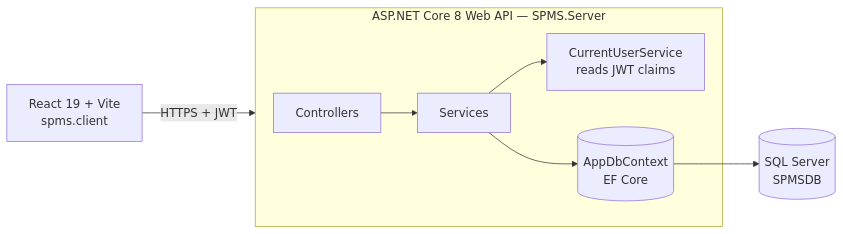
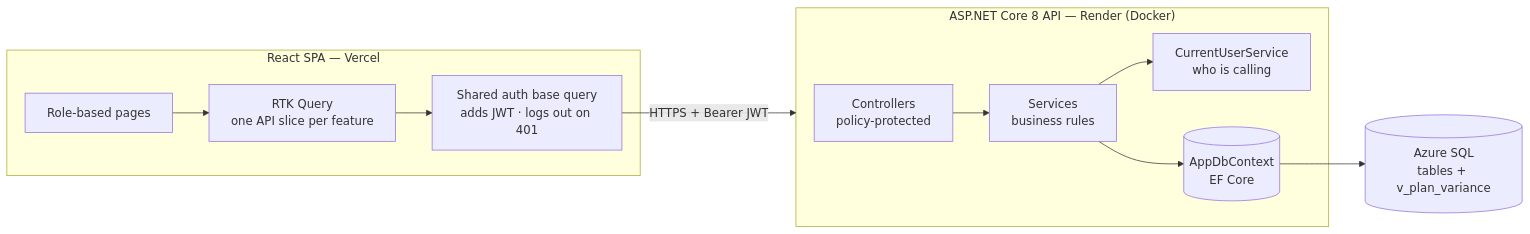
One commit to Ronyparmar2107/shift_production_management_system changed the second of 3 diagrams in README.md. Above: the diagram before and after it, drawn with Mermaid. The commit also changed other lines of this file and 1 other file, not shown here.

Commit message:
refact(api): remove trailing /(slash) from the production env doc and update readme

````diff
--- a/README.md
+++ b/README.md
@@ -98,10 +156,17 @@
 ```mermaid
 flowchart LR
-    UI["React 19 + Vite<br/>spms.client"] -->|HTTPS + JWT| API
-    subgraph API["ASP.NET Core 8 Web API — SPMS.Server"]
-        C[Controllers] --> S[Services]
-        S --> CU[CurrentUserService<br/>reads JWT claims]
-        S --> DB[(AppDbContext<br/>EF Core)]
+    subgraph Client["React SPA — Vercel"]
+        UI[Role-based pages] --> RTK[RTK Query<br/>one API slice per feature]
+        RTK --> BQ[Shared auth base query<br/>adds JWT · logs out on 401]
     end
-    DB --> SQL[(SQL Server<br/>SPMSDB)]
+
+    BQ -->|HTTPS + Bearer JWT| API
+
+    subgraph API["ASP.NET Core 8 API — Render (Docker)"]
+        C[Controllers<br/>policy-protected] --> S[Services<br/>business rules]
+        S --> CU[CurrentUserService<br/>who is calling]
+        S --> EF[(AppDbContext<br/>EF Core)]
+    end
+
+    EF --> DB[(Azure SQL<br/>tables + v_plan_variance)]
 ```
````
